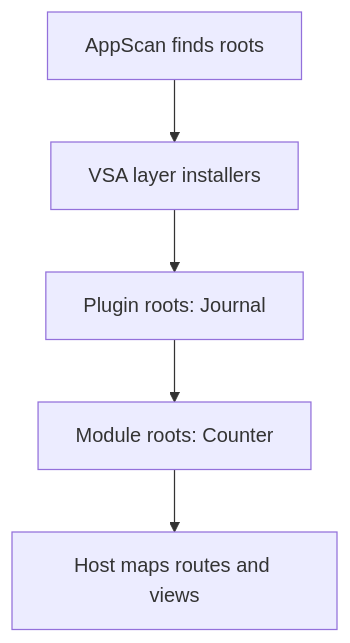
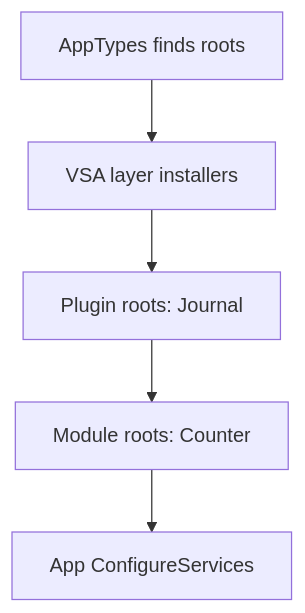
The second of 2 diagrams in README.md (MgCohen/vsa-consumer-dotnet), drawn with Mermaid before and after one commit. The commit also changed other lines of this file and 78 other files, not shown here.

````diff
--- a/README.md
+++ b/README.md
@@ -88,7 +86,7 @@
 ```mermaid
 flowchart TD
-    A[AppScan finds roots] --> B[VSA layer installers]
+    A[AppTypes finds roots] --> B[VSA layer installers]
     B --> C[Plugin roots: Journal]
     C --> D[Module roots: Counter]
-    D --> E[Host maps routes and views]
+    D --> E[App ConfigureServices]
 ```
````
